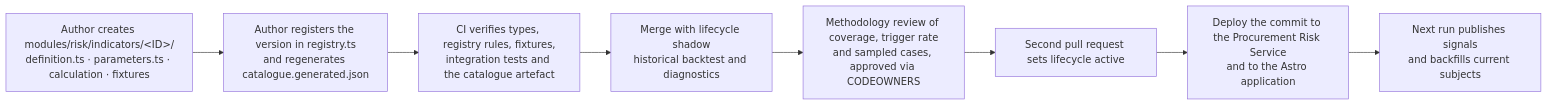
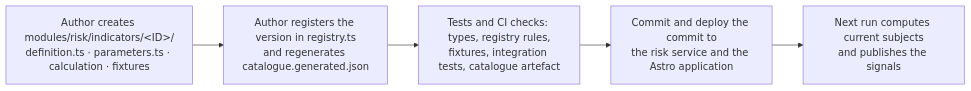
The fifth of 7 diagrams in docs/indicators-story/risk-service-architecture.md (Viespirkiu-grupe/viespirkiai), drawn with Mermaid before and after one commit. The commit also changed other lines of this file, not shown here.

````diff
--- a/docs/indicators-story/risk-service-architecture.md
+++ b/docs/indicators-story/risk-service-architecture.md
@@ -1352,12 +1347,9 @@
 ```mermaid
 flowchart LR
     DIR["Author creates modules/risk/indicators/&lt;ID&gt;/<br/>definition.ts · parameters.ts · calculation · fixtures"]
     REG["Author registers the version in registry.ts<br/>and regenerates catalogue.generated.json"]
-    CI["CI verifies types, registry rules, fixtures,<br/>integration tests and the catalogue artefact"]
-    SH["Merge with lifecycle shadow<br/>historical backtest and diagnostics"]
-    REV["Methodology review of coverage, trigger rate<br/>and sampled cases, approved via CODEOWNERS"]
-    ACT["Second pull request sets lifecycle active"]
-    DEP["Deploy the commit to the Procurement Risk Service<br/>and to the Astro application"]
-    RUN["Next run publishes signals<br/>and backfills current subjects"]
-    DIR --> REG --> CI --> SH --> REV --> ACT --> DEP --> RUN
+    CI["Tests and CI checks: types, registry rules,<br/>fixtures, integration tests, catalogue artefact"]
+    GIT["Commit and deploy the commit to<br/>the risk service and the Astro application"]
+    RUN["Next run computes current subjects<br/>and publishes the signals"]
+    DIR --> REG --> CI --> GIT --> RUN
 ```
````
